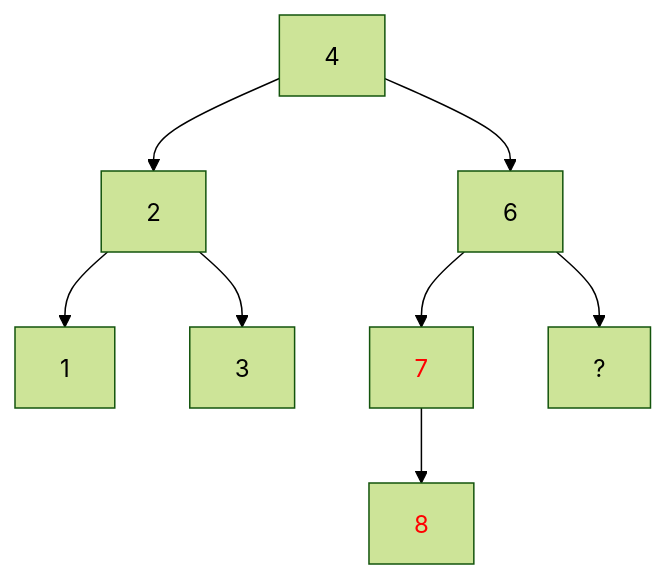
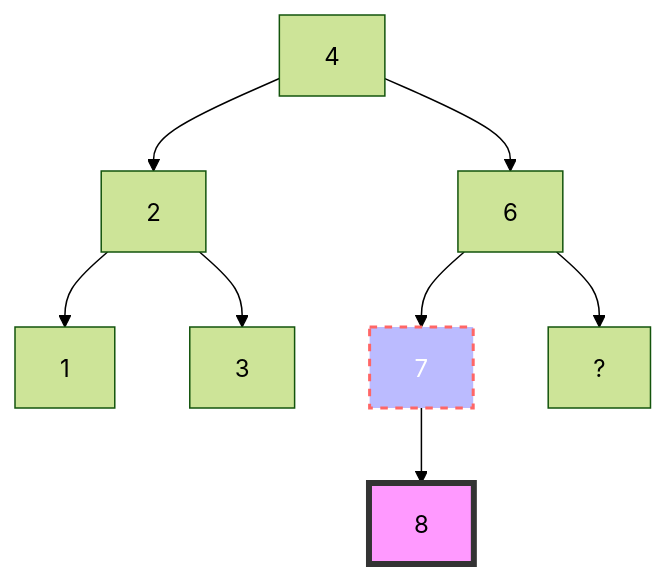
One commit to tsolenthaler/zbwAlgDs changed the seventh of 16 diagrams in docs/algorithmen/binary-tree.md. Above: the diagram before and after it, drawn with Mermaid (forest theme).

Commit message:
Enhance binary tree diagram styles for better visualization

````diff
--- a/docs/algorithmen/binary-tree.md
+++ b/docs/algorithmen/binary-tree.md
@@ -233,12 +233,12 @@
 ``` mermaid
 flowchart TD
     4 --> 2
     4 --> 6
     2 --> 1
     2 --> 3
     6 --> ?
     6 --> 7
     7 --> 8
-    style 7 color:red
-    style 8 color:red
+    style 7 fill:#bbf,stroke:#f66,stroke-width:2px,color:#fff,stroke-dasharray: 5 5
+    style 8 fill:#f9f,stroke:#333,stroke-width:4px
 ```
````
